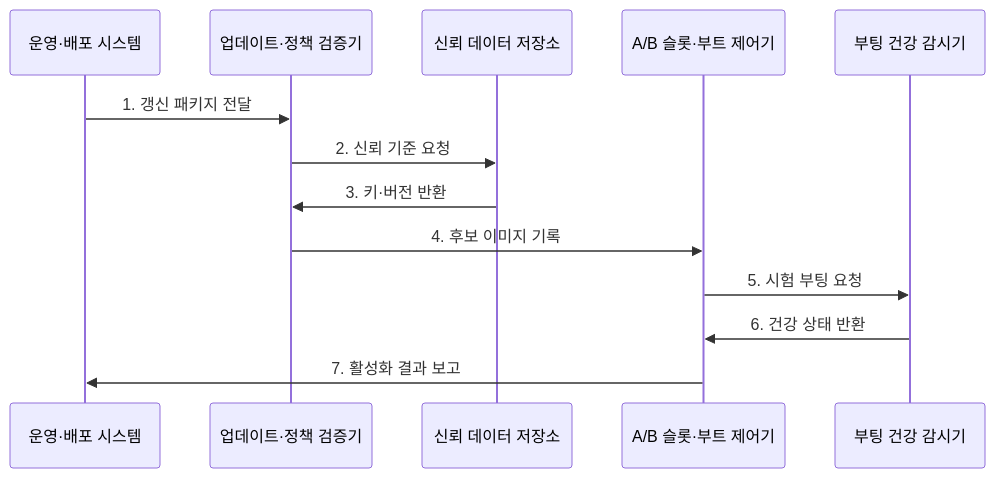
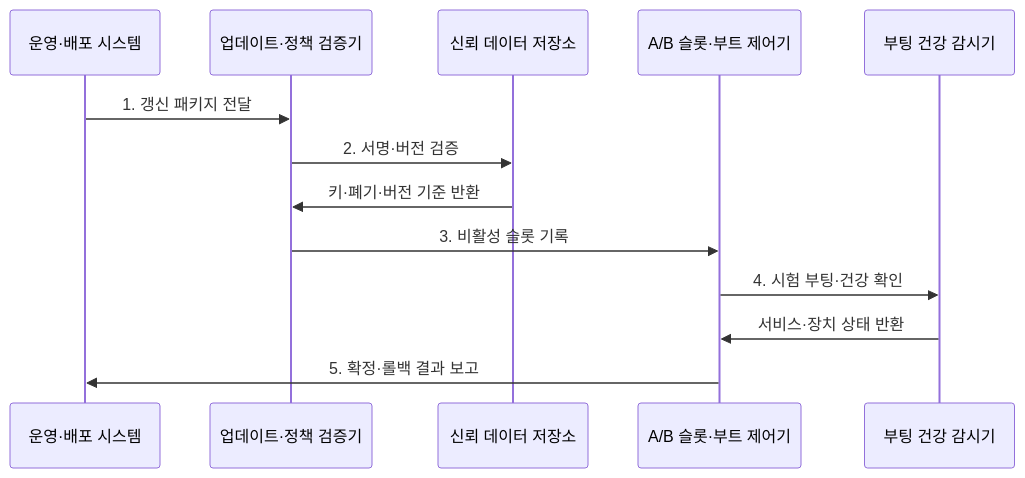
The second of 2 diagrams in src/content/docs/notes/02-hardware/069_firmware_security.md (agnusdei1207/knowledge-base), drawn with Mermaid before and after one commit. The commit also changed other lines of this file and 86 other files, not shown here.

````diff
--- a/src/content/docs/notes/02-hardware/069_firmware_security.md
+++ b/src/content/docs/notes/02-hardware/069_firmware_security.md
@@ -86,16 +86,16 @@
 ```mermaid
 sequenceDiagram
     participant O as 운영·배포 시스템
     participant U as 업데이트·정책 검증기
     participant T as 신뢰 데이터 저장소
     participant S as A/B 슬롯·부트 제어기
     participant H as 부팅 건강 감시기
 
     O->>U: 1. 갱신 패키지 전달
-    U->>T: 2. 신뢰 기준 요청
-    T->>U: 3. 키·버전 반환
-    U->>S: 4. 후보 이미지 기록
-    S->>H: 5. 시험 부팅 요청
-    H->>S: 6. 건강 상태 반환
-    S->>O: 7. 활성화 결과 보고
+    U->>T: 2. 서명·버전 검증
+    T->>U: 키·폐기·버전 기준 반환
+    U->>S: 3. 비활성 슬롯 기록
+    S->>H: 4. 시험 부팅·건강 확인
+    H->>S: 서비스·장치 상태 반환
+    S->>O: 5. 확정·롤백 결과 보고
 ```
````
